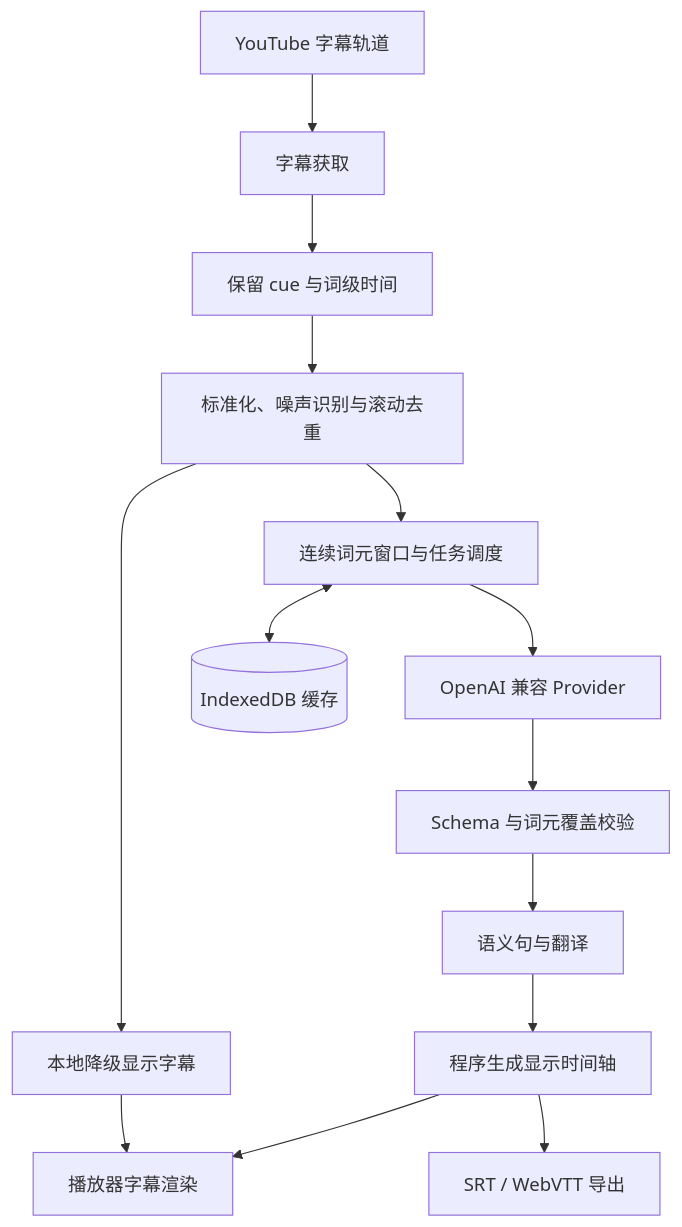
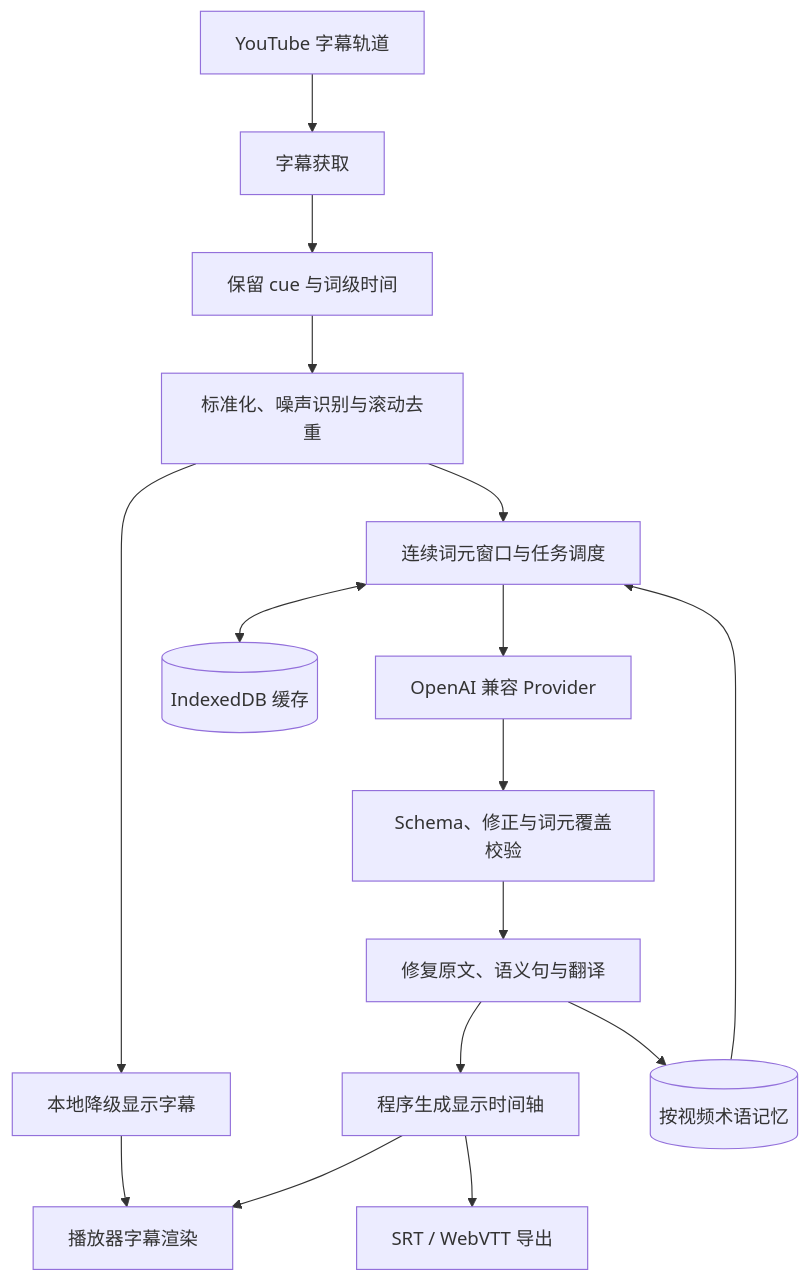
One commit to LBEILC/cueweave changed the diagram in docs/ARCHITECTURE.md. Above: the diagram before and after it, drawn with Mermaid. The commit also changed other lines of this file and 32 other files, not shown here.

````diff
--- a/docs/ARCHITECTURE.md
+++ b/docs/ARCHITECTURE.md
@@ -7,16 +7,18 @@
 ```mermaid
 flowchart TD
     Y[YouTube 字幕轨道] --> C[字幕获取]
     C --> T[保留 cue 与词级时间]
     T --> N[标准化、噪声识别与滚动去重]
     N --> F[本地降级显示字幕]
     N --> W[连续词元窗口与任务调度]
     W --> P[OpenAI 兼容 Provider]
-    P --> V[Schema 与词元覆盖校验]
-    V --> A[语义句与翻译]
+    P --> V[Schema、修正与词元覆盖校验]
+    V --> A[修复原文、语义句与翻译]
     A --> U[程序生成显示时间轴]
+    A --> G[(按视频术语记忆)]
+    G --> W
     F --> R[播放器字幕渲染]
     U --> R
     U --> E[SRT / WebVTT 导出]
     W <--> D[(IndexedDB 缓存)]
 ```
````
